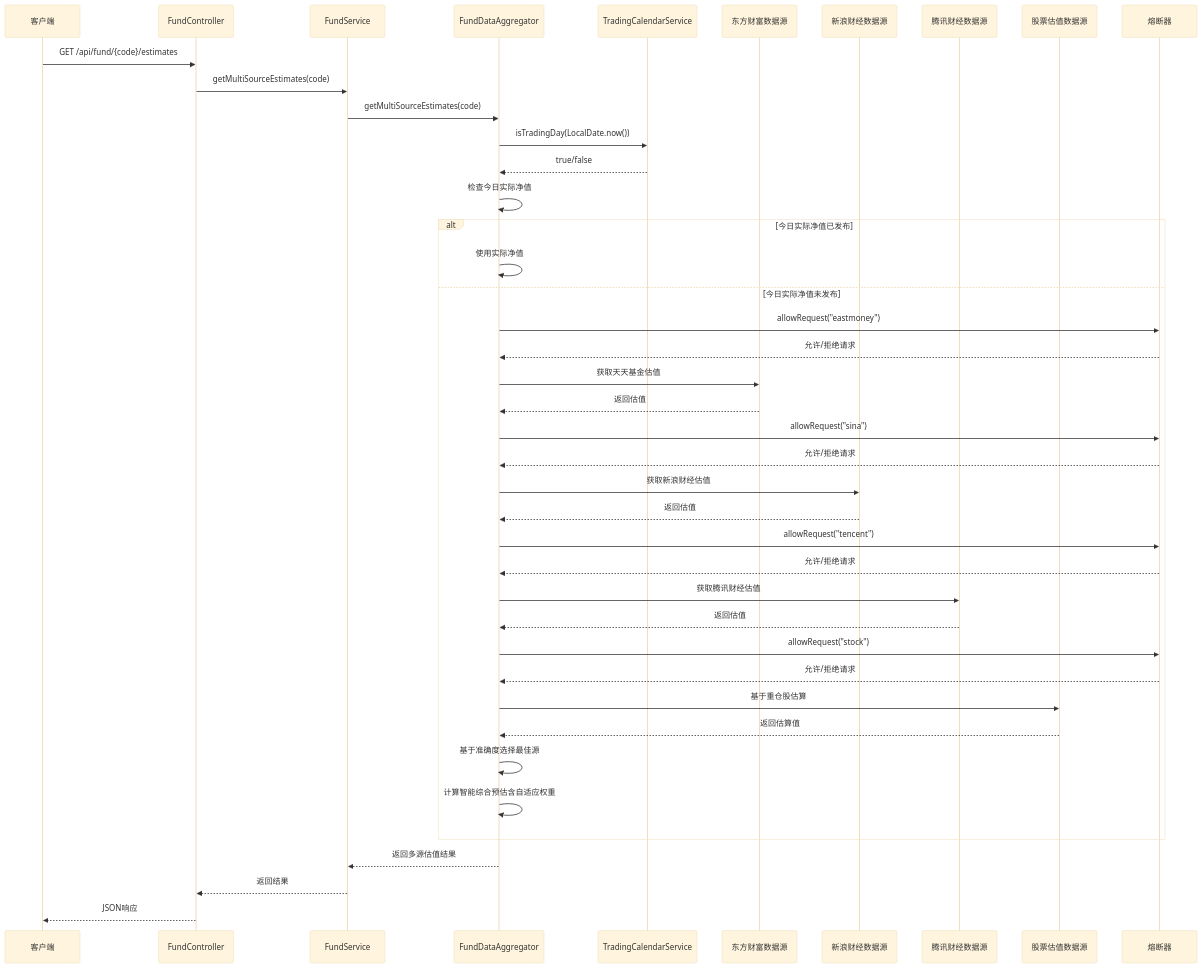
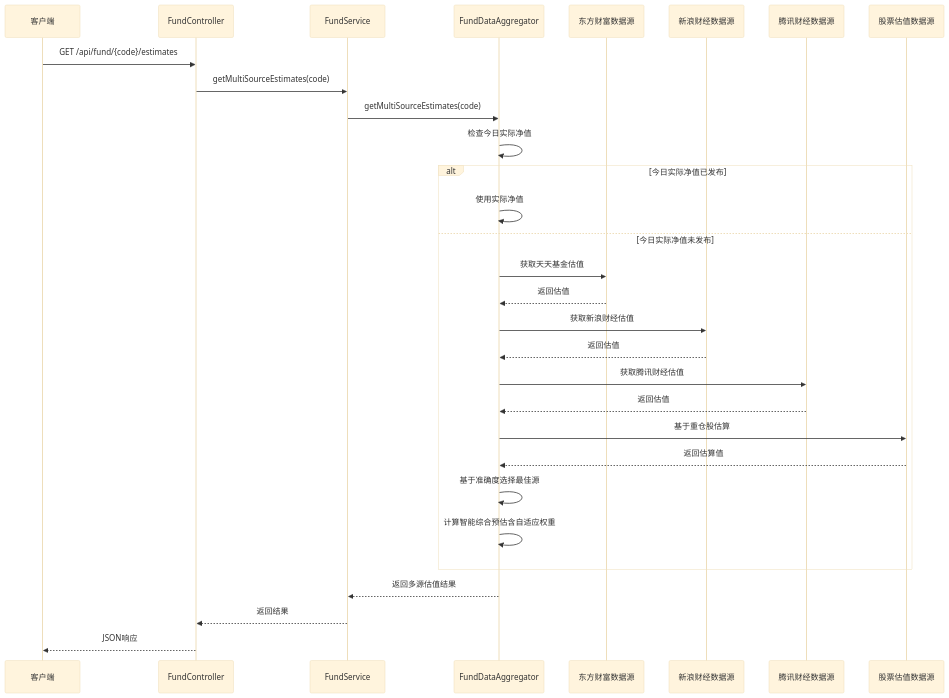
Diagram 17 of 23 in .qoder/repowiki/zh/content/核心功能开发/多源基金估值系统.md (gree-coder/fund-butler), drawn with Mermaid (base theme) before and after one commit. The commit also changed other lines of this file and 21 other files, not shown here.

````diff
--- a/.qoder/repowiki/zh/content/核心功能开发/多源基金估值系统.md
+++ b/.qoder/repowiki/zh/content/核心功能开发/多源基金估值系统.md
@@ -719,44 +627,32 @@
 ```mermaid
 sequenceDiagram
 participant Client as 客户端
 participant Controller as FundController
 participant Service as FundService
 participant Aggregator as FundDataAggregator
-participant Calendar as TradingCalendarService
 participant EM as 东方财富数据源
 participant Sina as 新浪财经数据源
 participant Tencent as 腾讯财经数据源
 participant Stock as 股票估值数据源
-participant CB as 熔断器
 Client->>Controller : GET /api/fund/{code}/estimates
 Controller->>Service : getMultiSourceEstimates(code)
 Service->>Aggregator : getMultiSourceEstimates(code)
-Aggregator->>Calendar : isTradingDay(LocalDate.now())
-Calendar-->>Aggregator : true/false
 Aggregator->>Aggregator : 检查今日实际净值
 alt 今日实际净值已发布
 Aggregator->>Aggregator : 使用实际净值
 else 今日实际净值未发布
-Aggregator->>CB : allowRequest("eastmoney")
-CB-->>Aggregator : 允许/拒绝请求
 Aggregator->>EM : 获取天天基金估值
 EM-->>Aggregator : 返回估值
-Aggregator->>CB : allowRequest("sina")
-CB-->>Aggregator : 允许/拒绝请求
 Aggregator->>Sina : 获取新浪财经估值
 Sina-->>Aggregator : 返回估值
-Aggregator->>CB : allowRequest("tencent")
-CB-->>Aggregator : 允许/拒绝请求
 Aggregator->>Tencent : 获取腾讯财经估值
 Tencent-->>Aggregator : 返回估值
-Aggregator->>CB : allowRequest("stock")
-CB-->>Aggregator : 允许/拒绝请求
 Aggregator->>Stock : 基于重仓股估算
 Stock-->>Aggregator : 返回估算值
 Aggregator->>Aggregator : 基于准确度选择最佳源
 Aggregator->>Aggregator : 计算智能综合预估含自适应权重
 end
 Aggregator-->>Service : 返回多源估值结果
 Service-->>Controller : 返回结果
 Controller-->>Client : JSON响应
 ```
````
